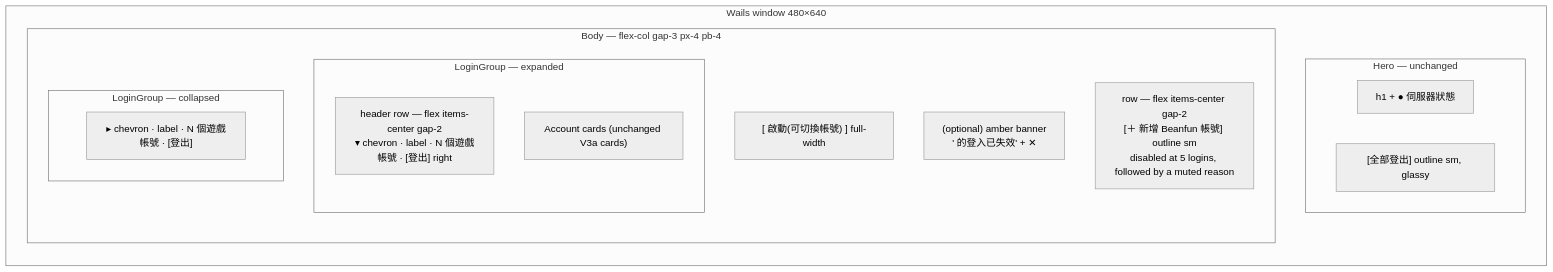
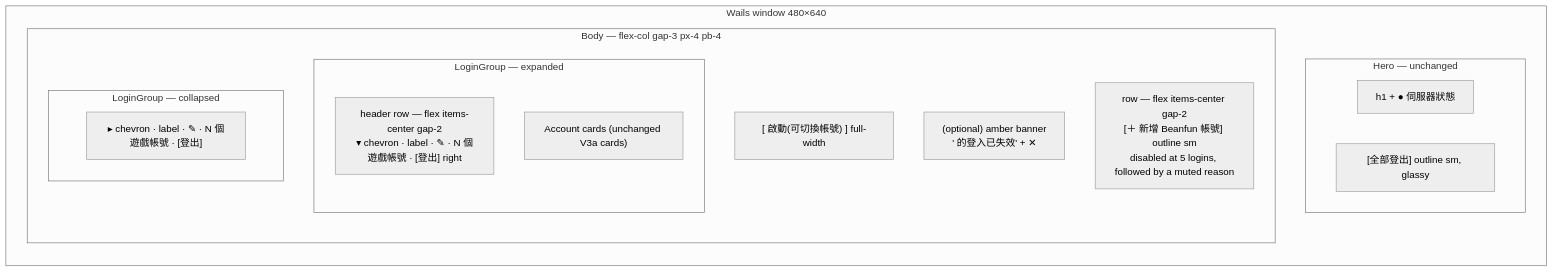
One commit to haohow123/beanfun-launcher changed the fourth of 4 diagrams in docs/ui-mockups.md. Above: the diagram before and after it, drawn with Mermaid (neutral theme). The commit also changed other lines of this file and 15 other files, not shown here.

````diff
--- a/docs/ui-mockups.md
+++ b/docs/ui-mockups.md
@@ -174,25 +174,25 @@
 ```mermaid
 flowchart TB
     subgraph win [Wails window 480×640]
         direction TB
         subgraph hero [Hero — unchanged]
             direction LR
             gameblock["h1 + ● 伺服器狀態"]
             logoutall["[全部登出] outline sm, glassy"]
         end
         subgraph body [Body — flex-col gap-3 px-4 pb-4]
             direction TB
             spawn["[ 啟動(可切換帳號) ] full-width"]
             notice["(optional) amber banner<br/>'<label> 的登入已失效' + ✕"]
             subgraph g1 [LoginGroup — expanded]
                 direction TB
-                h1row["header row — flex items-center gap-2<br/>▾ chevron · label · N 個遊戲帳號 · [登出] right"]
+                h1row["header row — flex items-center gap-2<br/>▾ chevron · label · ✎ · N 個遊戲帳號 · [登出] right"]
                 cards1["Account cards (unchanged V3a cards)"]
             end
             subgraph g2 [LoginGroup — collapsed]
-                h2row["▸ chevron · label · N 個遊戲帳號 · [登出]"]
+                h2row["▸ chevron · label · ✎ · N 個遊戲帳號 · [登出]"]
             end
             add["row — flex items-center gap-2<br/>[＋ 新增 Beanfun 帳號] outline sm<br/>disabled at 5 logins, followed by a muted reason"]
         end
     end
 ```
````
